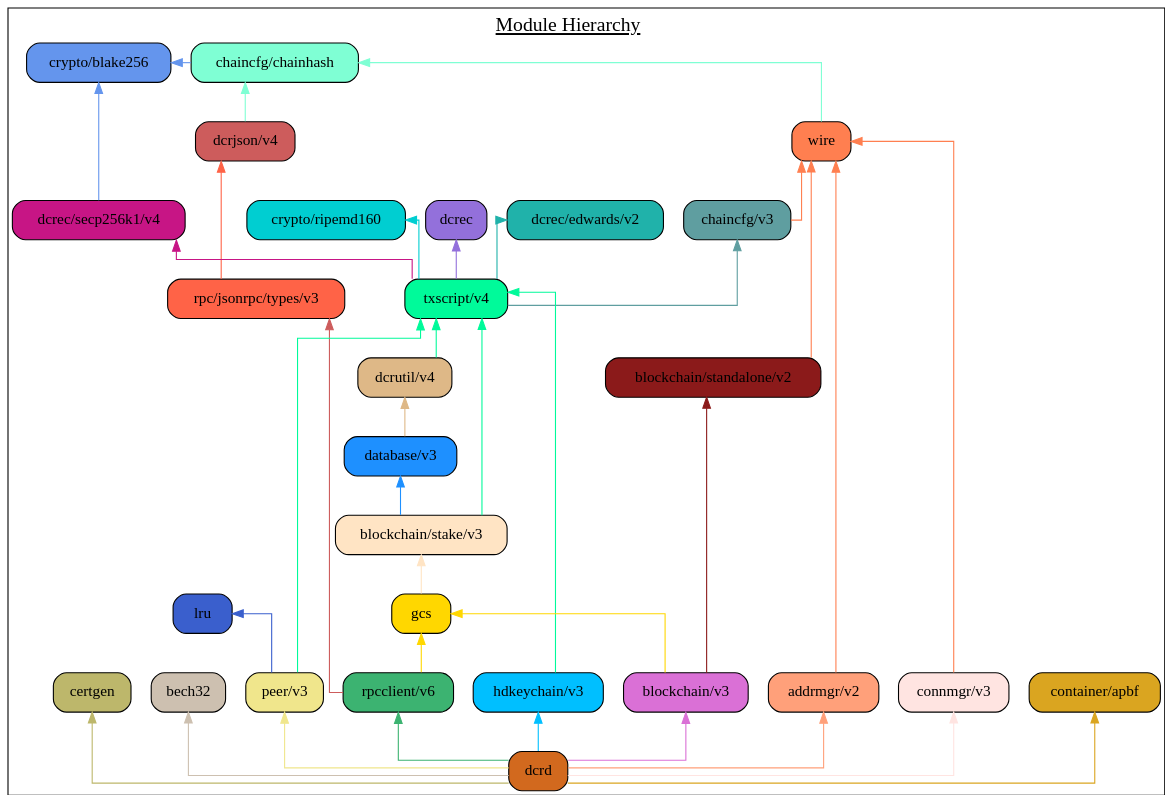
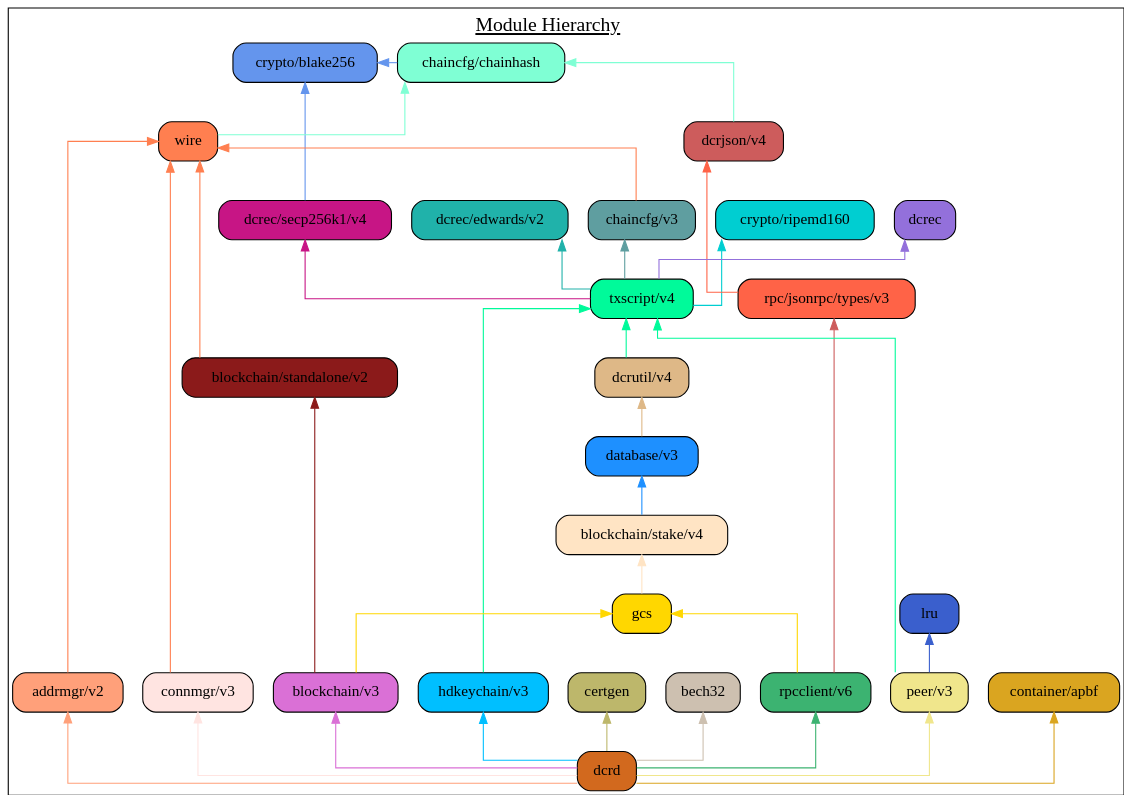
One commit to decred/dcrd changed the diagram in docs/assets/module_hierarchy.gv. Above: the diagram before and after it, drawn with Graphviz. The commit also changed 2 other files, not shown here.

Commit message:
docs: Update for blockchain/stake v4 module.
This updates the docs/README.md file, module hierarchy graphviz, and
module hierarchy diagram to reflect the new module version.

```diff
--- a/docs/assets/module_hierarchy.gv
+++ b/docs/assets/module_hierarchy.gv
@@ -1,76 +1,75 @@
 digraph {
 	graph [splines=ortho colorscheme=svg label=<<u>Module Hierarchy</u>> labelloc=t fontsize=18.0]
 	node [shape=box style="filled, rounded"]
 
 	blake256 [label="crypto/blake256" fillcolor=cornflowerblue]
 	ripemd160 [label="crypto/ripemd160" fillcolor=darkturquoise]
 	certgen [label="certgen" fillcolor=darkkhaki]
 	bech32 [label="bech32" fillcolor=antiquewhite3]
 	chainhash [label="chaincfg/chainhash" fillcolor=aquamarine]
 	dcrjson [label="dcrjson/v4" fillcolor=indianred]
 	types [label="rpc/jsonrpc/types/v3" fillcolor=tomato]
 	wire [label="wire" fillcolor=coral]
 	addrmgr [label="addrmgr/v2" fillcolor=lightsalmon]
 	chaincfg [label="chaincfg/v3" fillcolor=cadetblue]
 	connmgr [label="connmgr/v3" fillcolor=mistyrose]
 	dcrec [label="dcrec" fillcolor=mediumpurple]
 	edwards [label="dcrec/edwards/v2" fillcolor=lightseagreen]
 	secp256k1 [label="dcrec/secp256k1/v4" fillcolor=mediumvioletred]
 	dcrutil [label="dcrutil/v4" fillcolor=burlywood]
 	database [label="database/v3" fillcolor=dodgerblue]
 	hdkeychain [label="hdkeychain/v3" fillcolor=deepskyblue]
 	txscript [label="txscript/v4" fillcolor=mediumspringgreen]
-	stake [label="blockchain/stake/v3" fillcolor=bisque]
+	stake [label="blockchain/stake/v4" fillcolor=bisque]
 	standalone [label="blockchain/standalone/v2" fillcolor=firebrick4]
 	gcs [label="gcs" fillcolor=gold]
 	blockchain [label="blockchain/v3" fillcolor=orchid]
 	lru [label="lru" fillcolor=royalblue3]
 	peer [label="peer/v3" fillcolor=khaki]
 	rpcclient [label="rpcclient/v6" fillcolor=mediumseagreen]
 	apbf [label="container/apbf" fillcolor=goldenrod]
 	dcrd [label="dcrd" fillcolor=chocolate]
 
 	{rank=same blake256 chainhash}
 	{rank=same dcrec secp256k1}
 	{rank=same connmgr addrmgr hdkeychain peer blockchain rpcclient}
 
 	certgen
 	bech32
 	blake256 -> chainhash [dir=back color=cornflowerblue]
 	blake256 -> secp256k1 [dir=back color=cornflowerblue]
 	chaincfg -> txscript [dir=back color=cadetblue]
 	chainhash -> dcrjson [dir=back color=aquamarine]
 	chainhash -> wire [dir=back color=aquamarine]
 	wire -> addrmgr [dir=back color=coral]
 	wire -> chaincfg [dir=back color=coral]
 	wire -> connmgr [dir=back color=coral]
 	wire -> standalone [dir=back color=coral]
 	ripemd160 -> txscript [dir=back color=darkturquoise]
 	dcrec -> txscript [dir=back color=mediumpurple]
 	edwards -> txscript [dir=back color=lightseagreen]
 	secp256k1 -> txscript [dir=back color=mediumvioletred]
 	txscript -> dcrutil [dir=back color=mediumspringgreen]
 	txscript -> hdkeychain [dir=back color=mediumspringgreen]
-	txscript -> stake [dir=back color=mediumspringgreen]
 	txscript -> peer [dir=back color=mediumspringgreen]
 	dcrutil -> database [dir=back color=burlywood]
 	database -> stake [dir=back color=dodgerblue]
 	stake -> gcs [dir=back color=bisque]
 	standalone -> blockchain [dir=back color=firebrick4]
 	gcs -> blockchain [dir=back color=gold]
 	gcs -> rpcclient [dir=back color=gold]
 
 	lru -> peer [dir=back color=royalblue3]
 	dcrjson -> types [dir=back color=tomato]
 	types -> rpcclient [dir=back color=indianred]
 
 	blockchain -> dcrd [dir=back color=orchid]
 	certgen -> dcrd [dir=back color=darkkhaki]
 	bech32 -> dcrd [dir=back color=antiquewhite3]
 	addrmgr -> dcrd [dir=back color=lightsalmon]
 	hdkeychain -> dcrd [dir=back color=deepskyblue]
 	connmgr -> dcrd [dir=back color=mistyrose]
 	rpcclient -> dcrd [dir=back color=mediumseagreen]
 	peer -> dcrd [dir=back color=khaki]
 	apbf -> dcrd [dir=back color=goldenrod]
 }
```
